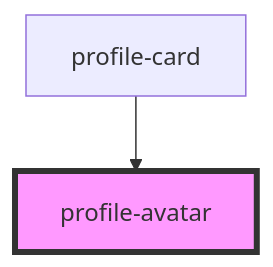
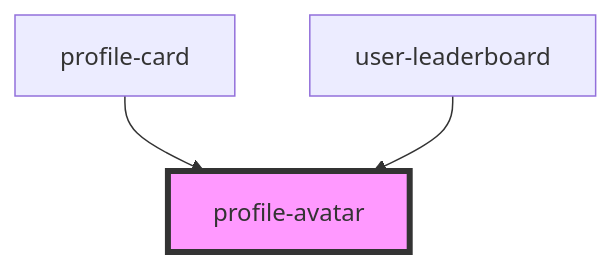
One commit to siyabendoezdemir/progrow changed the diagram in src/components/atoms/Avatar/readme.md. Above: the diagram before and after it, drawn with Mermaid. The commit also changed other lines of this file and 12 other files, not shown here.

````diff
--- a/src/components/atoms/Avatar/readme.md
+++ b/src/components/atoms/Avatar/readme.md
@@ -23,5 +24,6 @@
 ```mermaid
 graph TD;
   profile-card --> profile-avatar
+  user-leaderboard --> profile-avatar
   style profile-avatar fill:#f9f,stroke:#333,stroke-width:4px
 ```
````
